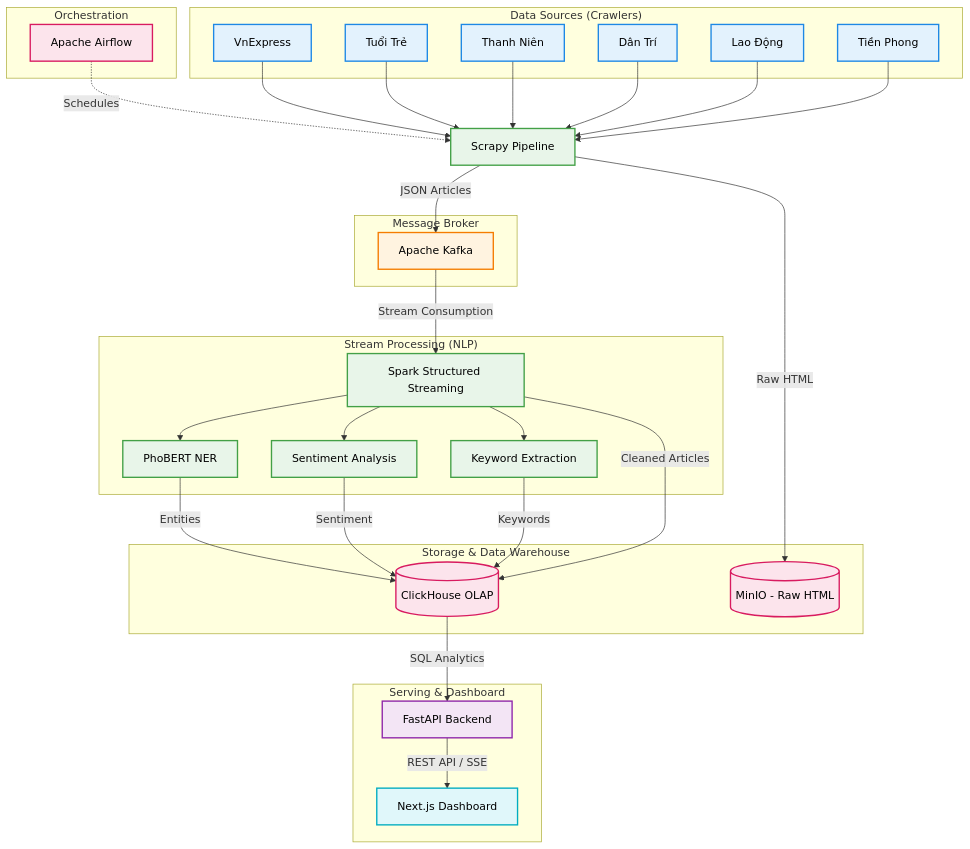
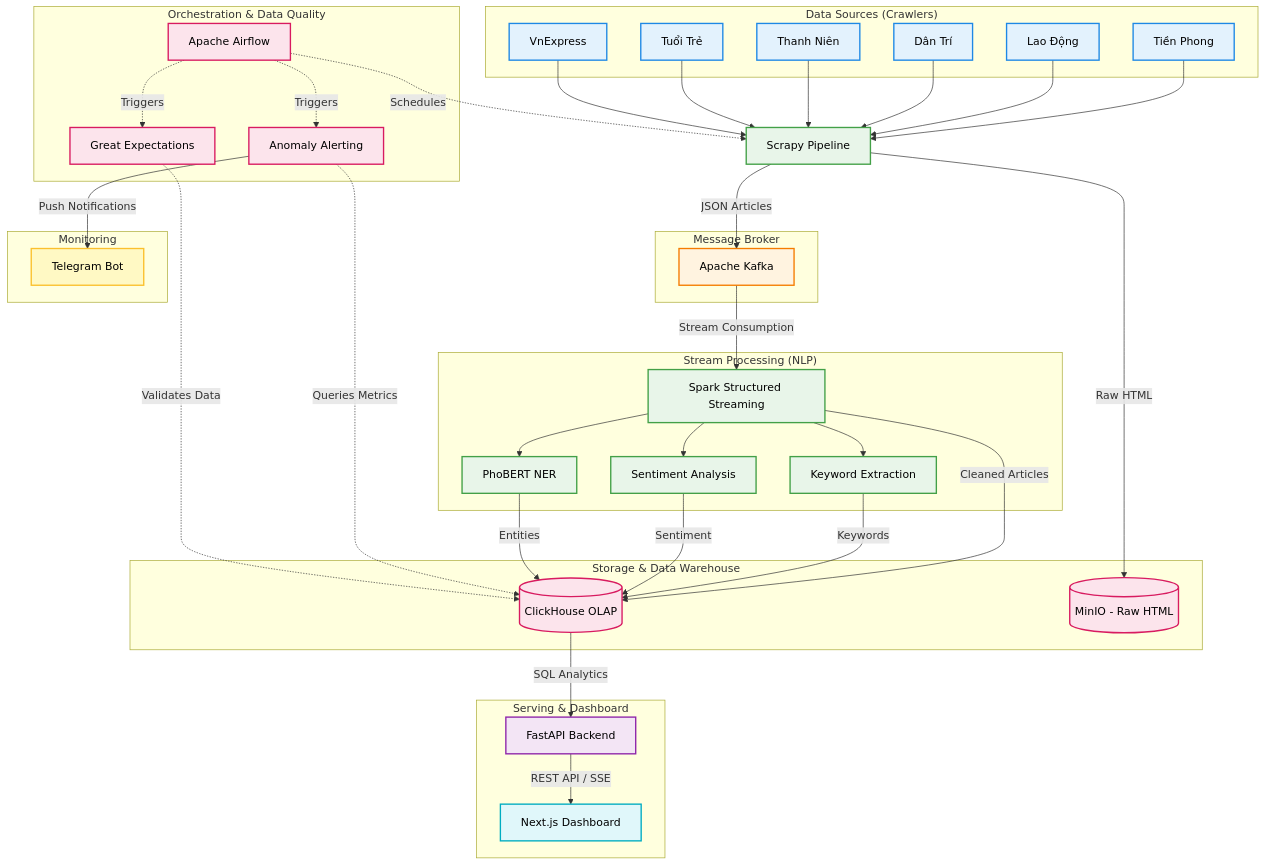
Before and after one commit to hquan07/News_Flow: the diagram in README.md, drawn with Mermaid. The commit also changed other lines of this file and 1 other file, not shown here.

Commit message:
docs: Update README and fix gitignore for data dump

````diff
--- a/README.md
+++ b/README.md
@@ -43,8 +45,10 @@
         C3[Tiền Phong]
     end
 
-    subgraph "Orchestration"
+    subgraph "Orchestration & Data Quality"
         O[Apache Airflow]
+        GX[Great Expectations]
+        AL[Anomaly Alerting]
     end
 
     subgraph "Message Broker"
@@ -67,10 +71,20 @@
         L[FastAPI Backend]
         M[Next.js Dashboard]
     end
+    
+    subgraph "Monitoring"
+        T[Telegram Bot]
+    end
 
     D[Scrapy Pipeline]
 
     O -.->|Schedules| D
+    O -.->|Triggers| GX
+    O -.->|Triggers| AL
+    GX -.->|Validates Data| J
+    AL -.->|Queries Metrics| J
+    AL -->|Push Notifications| T
+
     A --> D
     B --> D
     C --> D
@@ -97,6 +111,7 @@
     classDef api fill:#f3e5f5,stroke:#8e24aa,stroke-width:2px,color:#000;
     classDef frontend fill:#e0f7fa,stroke:#00acc1,stroke-width:2px,color:#000;
     classDef orchestrator fill:#fce4ec,stroke:#d81b60,stroke-width:2px,color:#000;
+    classDef monitor fill:#fff9c4,stroke:#fbc02d,stroke-width:2px,color:#000;
 
     class A,B,C,C1,C2,C3 source;
     class E broker;
@@ -104,5 +119,6 @@
     class J,K storage;
     class L api;
     class M frontend;
-    class O orchestrator;
+    class O,GX,AL orchestrator;
+    class T monitor;
 ```
````
